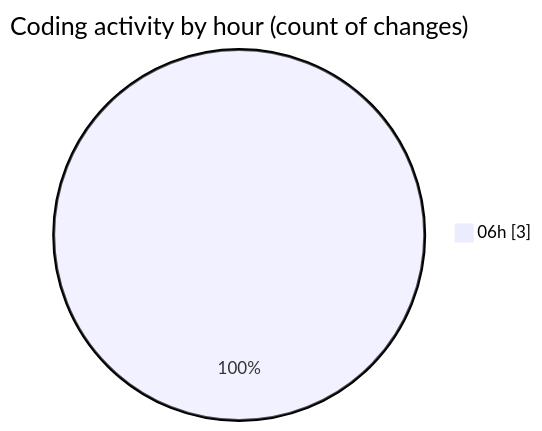
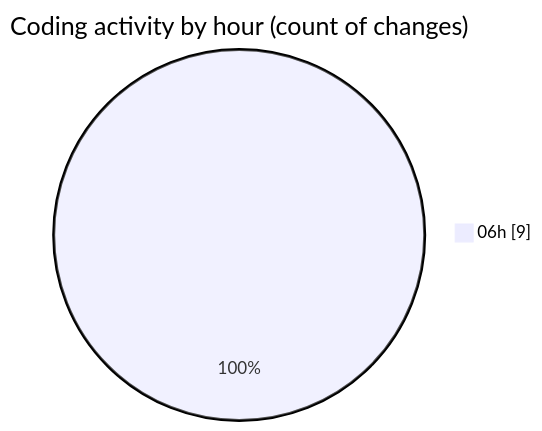
Before and after one commit to FelipKnott/code-tracking: the second of 2 diagrams in 2025-07-17/projeto_sistema/README.md, drawn with Mermaid. The commit also changed other lines of this file and 1 other file, not shown here.

````diff
--- a/2025-07-17/projeto_sistema/README.md
+++ b/2025-07-17/projeto_sistema/README.md
@@ -28,5 +32,5 @@
 ```mermaid
 pie showData
 title Coding activity by hour (count of changes)
-"06h" : 3
+"06h" : 9
 ```
````
